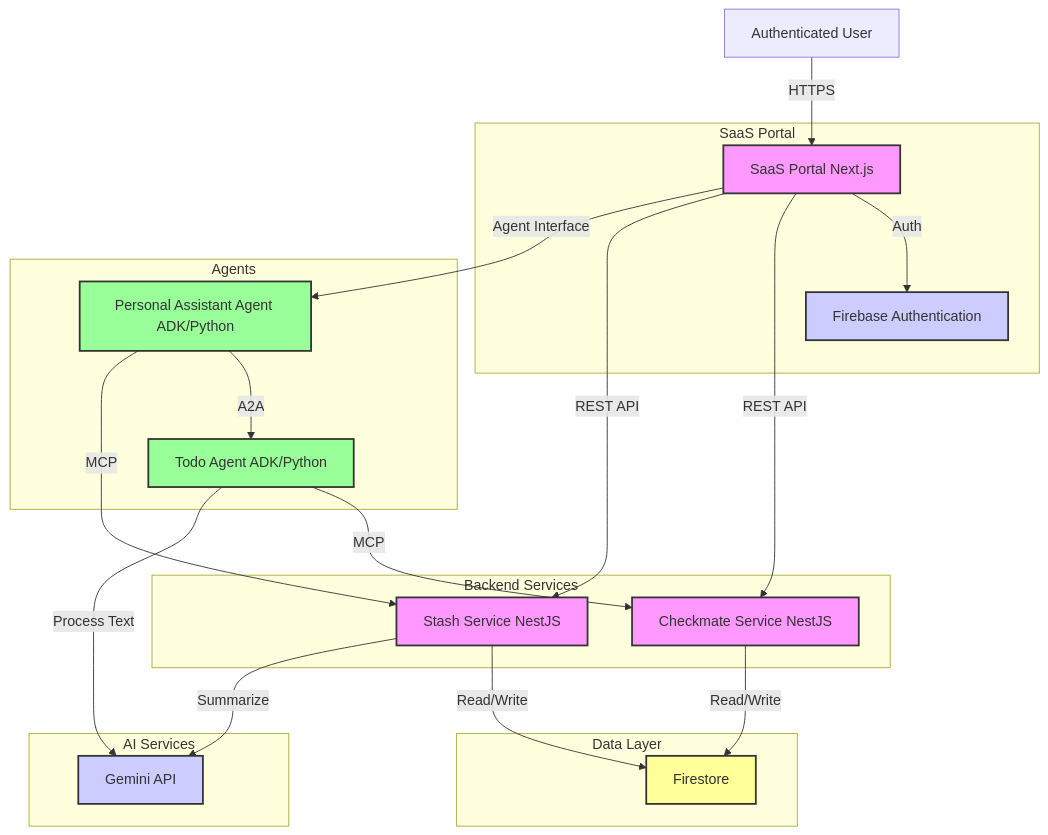
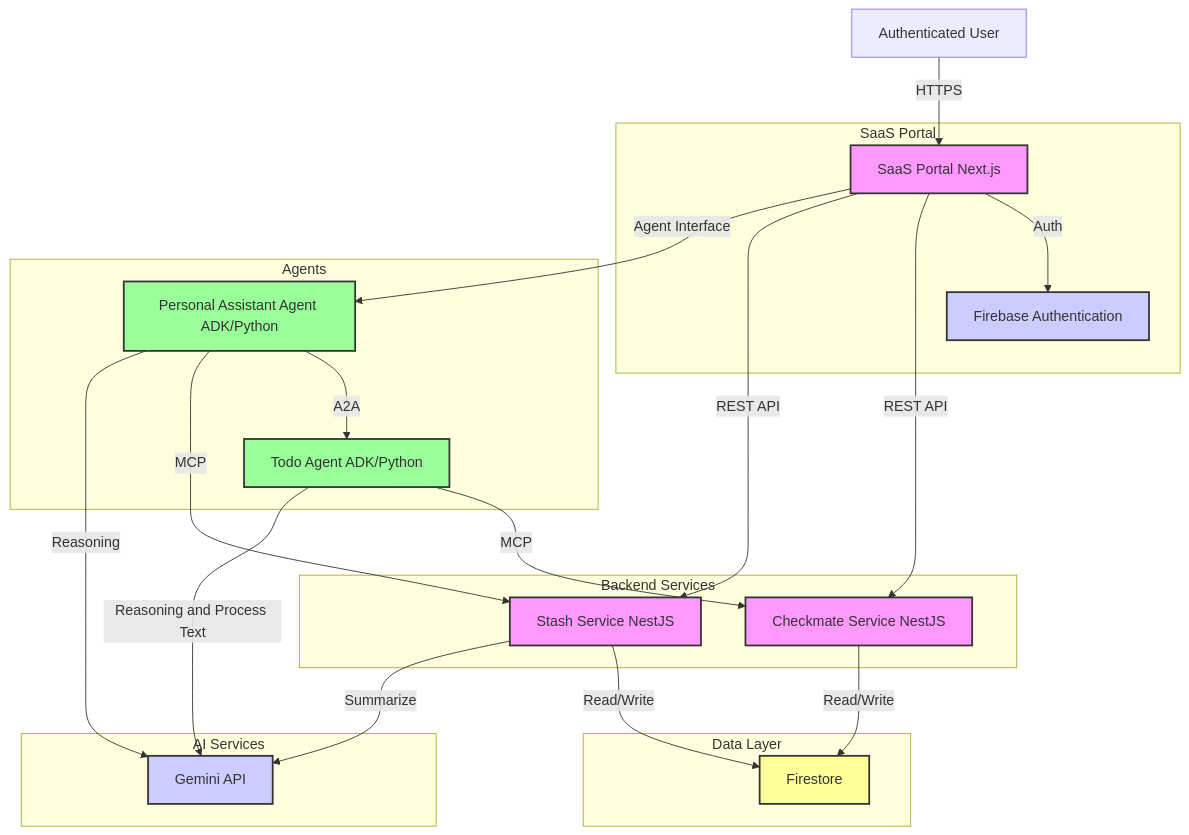
One commit to t2tse/gcr-agentic changed the diagram in high-level-requirements.md. Above: the diagram before and after it, drawn with Mermaid. The commit also changed other lines of this file, not shown here.

Commit message:
Refine high level requirement and architecture for agents

````diff
--- a/high-level-requirements.md
+++ b/high-level-requirements.md
@@ -110,40 +112,41 @@
 ```mermaid
 graph TD
     User[Authenticated User] -->|HTTPS| Portal[SaaS Portal Next.js]
     
     subgraph "SaaS Portal"
         Portal -->|Auth| FirebaseAuth[Firebase Authentication]
     end
 
     subgraph "Backend Services"
         Portal -->|REST API| CheckmateAPI[Checkmate Service NestJS]
         Portal -->|REST API| StashAPI[Stash Service NestJS]
     end
 
     subgraph "Agents"
         Portal -->|Agent Interface| PAA[Personal Assistant Agent ADK/Python]
         PAA -->|A2A| TodoAgent[Todo Agent ADK/Python]
         PAA -->|MCP| StashAPI
         TodoAgent -->|MCP| CheckmateAPI
     end
 
     subgraph "Data Layer"
         CheckmateAPI -->|Read/Write| FirestoreDB[Firestore]
         StashAPI -->|Read/Write| FirestoreDB
     end
 
     subgraph "AI Services"
-        TodoAgent -->|Process Text| Gemini[Gemini API]
+        TodoAgent -->|Reasoning and Process Text| Gemini[Gemini API]
+        PAA -->|Reasoning| Gemini
         StashAPI -->|Summarize| Gemini
     end
 
     classDef service fill:#f9f,stroke:#333,stroke-width:2px;
     classDef storage fill:#ff9,stroke:#333,stroke-width:2px;
     classDef external fill:#ccf,stroke:#333,stroke-width:2px;
     classDef agent fill:#9f9,stroke:#333,stroke-width:2px;
     
     class CheckmateAPI,StashAPI,Portal service;
     class PAA,TodoAgent agent;
     class FirestoreDB storage;
     class FirebaseAuth,Gemini external;
 ```
````
